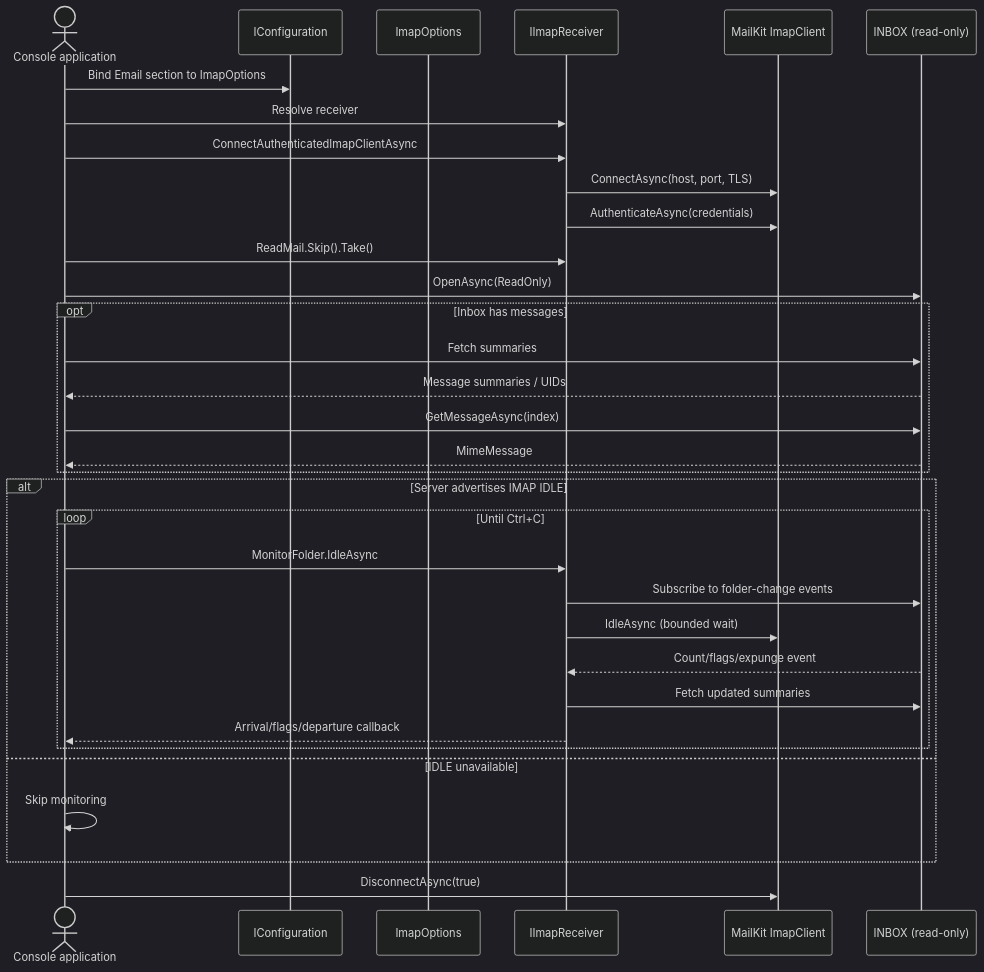
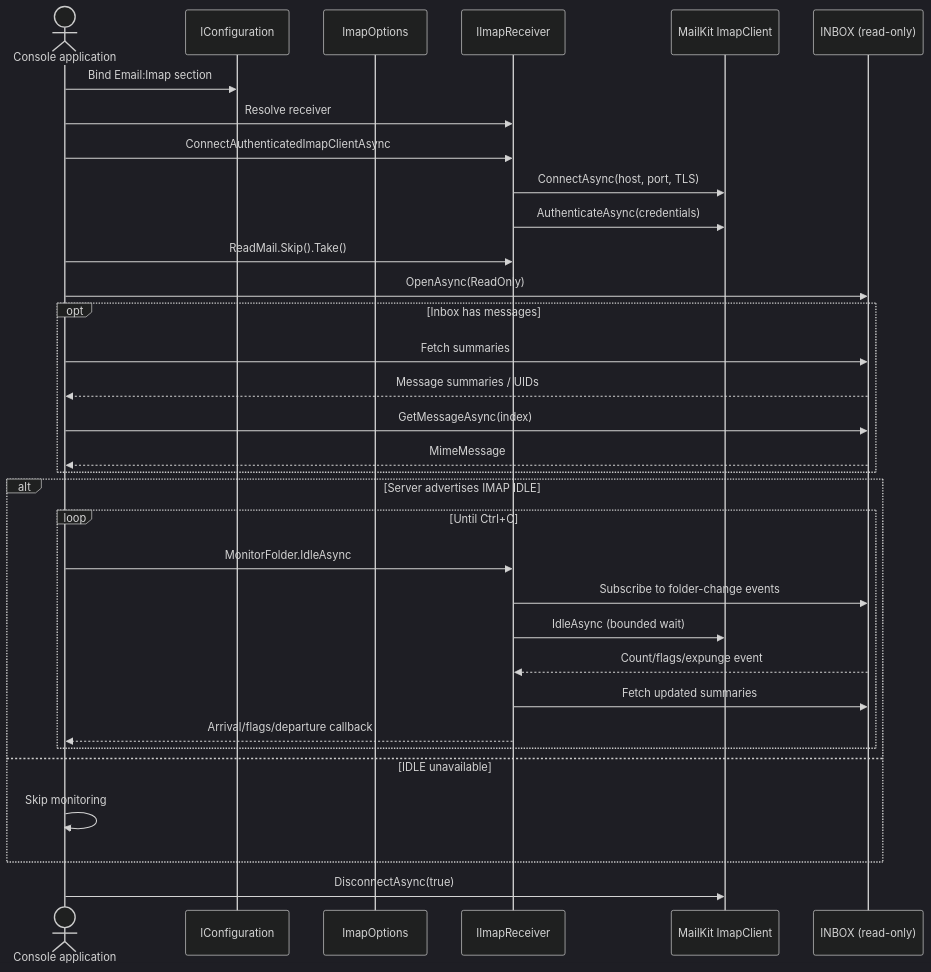
The third of 3 diagrams in docs/architecture.md (danzuep/Zuemail), drawn with Mermaid (dark theme) before and after one commit. The commit also changed other lines of this file and 22 other files, not shown here.

Commit message:
Align SMTP IMAP options and provider tests

````diff
--- a/docs/architecture.md
+++ b/docs/architecture.md
@@ -54,36 +54,36 @@
 ```mermaid
 sequenceDiagram
     actor App as Console application
     participant Config as IConfiguration
     participant Options as ImapOptions
     participant Receiver as IImapReceiver
     participant Client as MailKit ImapClient
     participant Inbox as INBOX (read-only)
 
-    App->>Config: Bind Email section to ImapOptions
+    App->>Config: Bind Email:Imap section
     App->>Receiver: Resolve receiver
     App->>Receiver: ConnectAuthenticatedImapClientAsync
     Receiver->>Client: ConnectAsync(host, port, TLS)
     Receiver->>Client: AuthenticateAsync(credentials)
     App->>Receiver: ReadMail.Skip().Take()
     App->>Inbox: OpenAsync(ReadOnly)
     opt Inbox has messages
         App->>Inbox: Fetch summaries
         Inbox-->>App: Message summaries / UIDs
         App->>Inbox: GetMessageAsync(index)
         Inbox-->>App: MimeMessage
     end
     alt Server advertises IMAP IDLE
         loop Until Ctrl+C
             App->>Receiver: MonitorFolder.IdleAsync
             Receiver->>Inbox: Subscribe to folder-change events
             Receiver->>Client: IdleAsync (bounded wait)
             Inbox-->>Receiver: Count/flags/expunge event
             Receiver->>Inbox: Fetch updated summaries
             Receiver-->>App: Arrival/flags/departure callback
         end
     else IDLE unavailable
         App->>App: Skip monitoring
     end
     App->>Client: DisconnectAsync(true)
 ```
````
